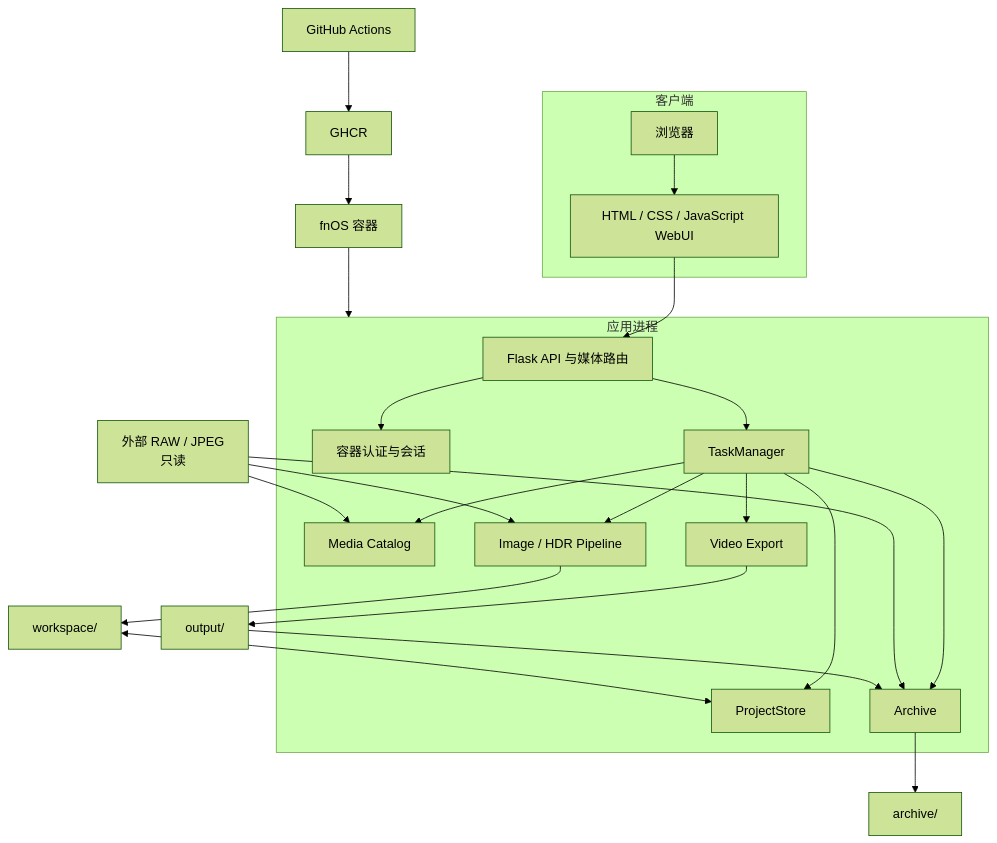
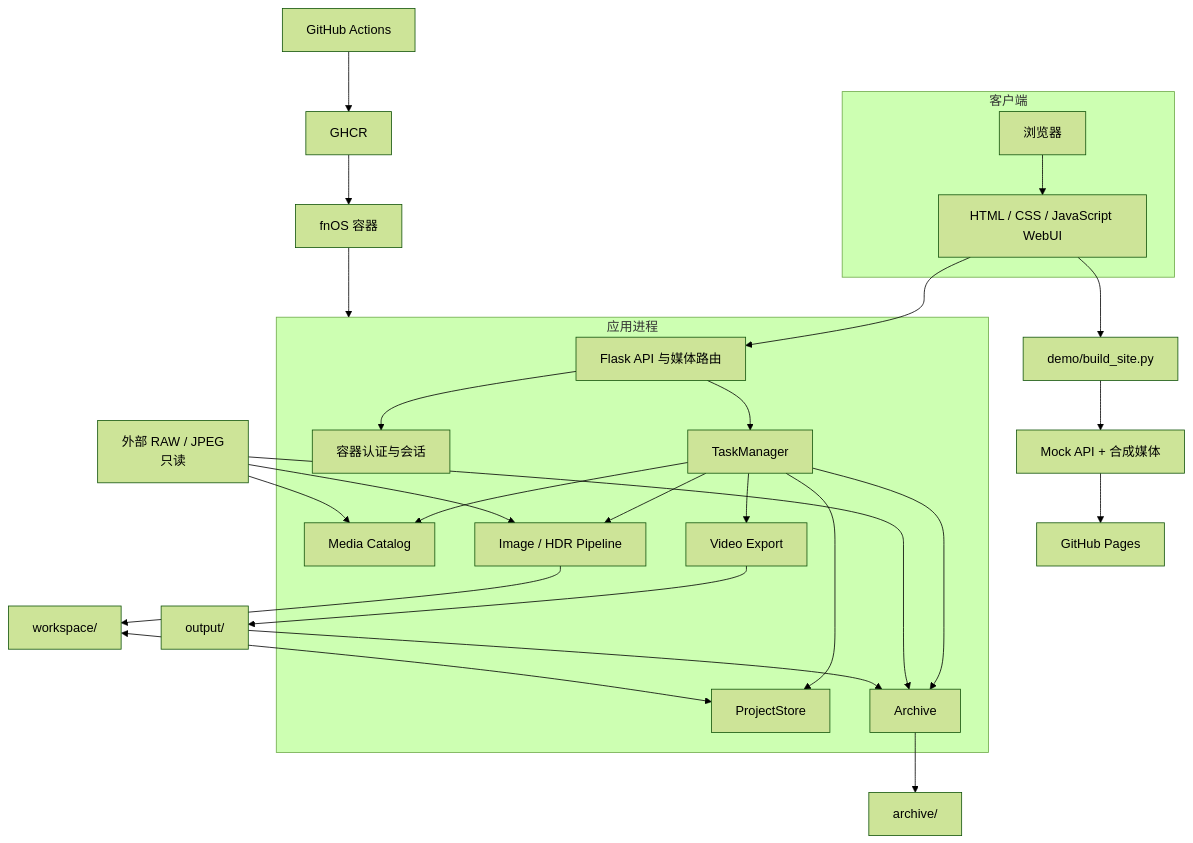
Before and after one commit to Solismuchengxue/Solis_Timelapse: the first of 2 diagrams in docs/architecture.md, drawn with Mermaid (forest theme). The commit also changed other lines of this file and 28 other files, not shown here.

````diff
--- a/docs/architecture.md
+++ b/docs/architecture.md
@@ -15,40 +15,44 @@
 ```mermaid
 flowchart TB
     subgraph Client["客户端"]
         Browser["浏览器"]
         UI["HTML / CSS / JavaScript WebUI"]
         Browser --> UI
     end
 
     subgraph Application["应用进程"]
         API["Flask API 与媒体路由"]
         Auth["容器认证与会话"]
         Tasks["TaskManager"]
         Store["ProjectStore"]
         Catalog["Media Catalog"]
         Image["Image / HDR Pipeline"]
         Video["Video Export"]
         Archiver["Archive"]
         UI --> API
         API --> Auth
         API --> Tasks
         Tasks --> Store
         Tasks --> Catalog
         Tasks --> Image
         Tasks --> Video
         Tasks --> Archiver
     end
 
     Source["外部 RAW / JPEG\n只读"] --> Catalog
     Source --> Image
     Workspace["workspace/"] <--> Store
     Image --> Workspace
     Video --> Output["output/"]
     Archiver --> ArchiveStore["archive/"]
     Source --> Archiver
     Output --> Archiver
 
     Actions["GitHub Actions"] --> GHCR["GHCR"]
     GHCR --> Container["fnOS 容器"]
     Container --> Application
+
+    UI --> DemoBuild["demo/build_site.py"]
+    DemoBuild --> DemoMock["Mock API + 合成媒体"]
+    DemoMock --> Pages["GitHub Pages"]
 ```
````
